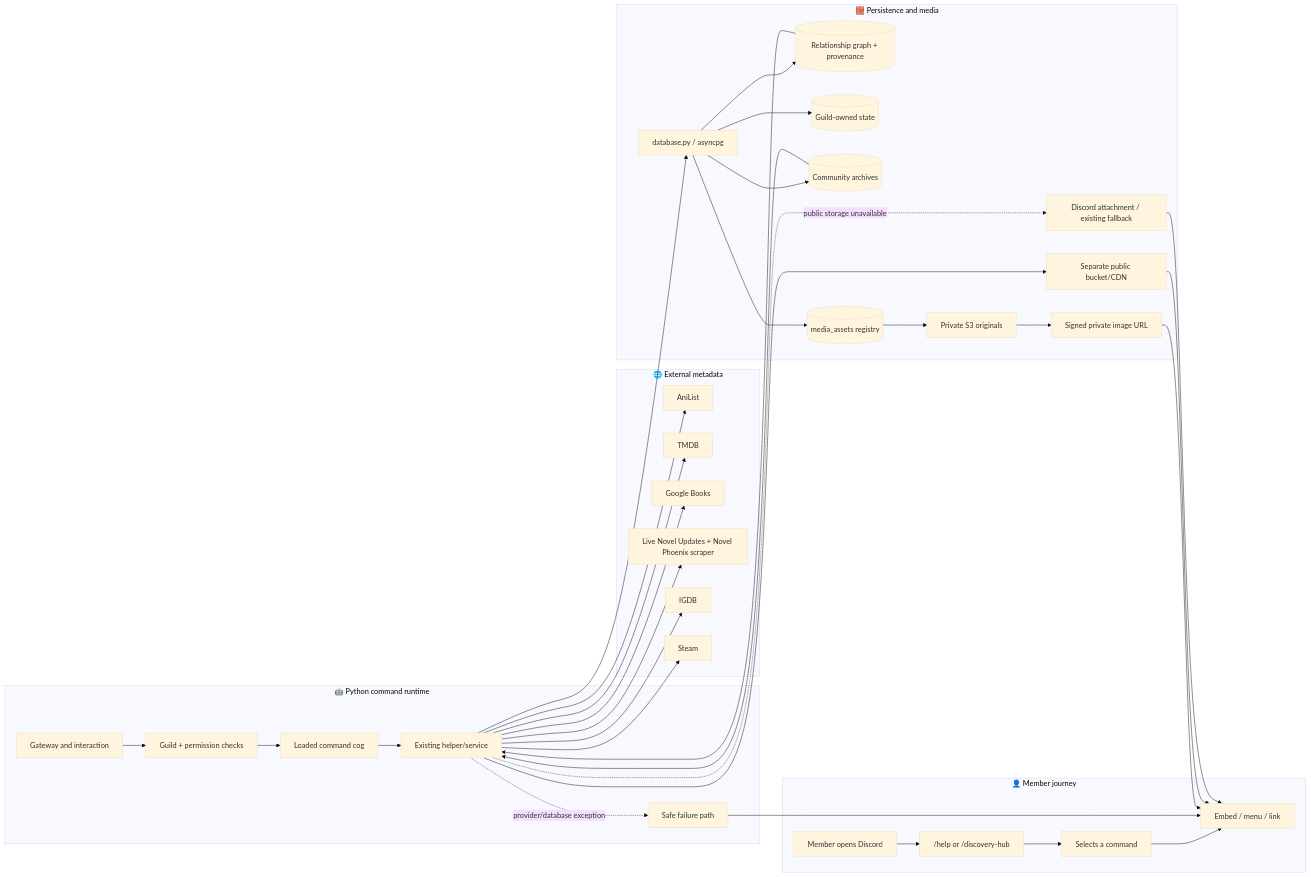
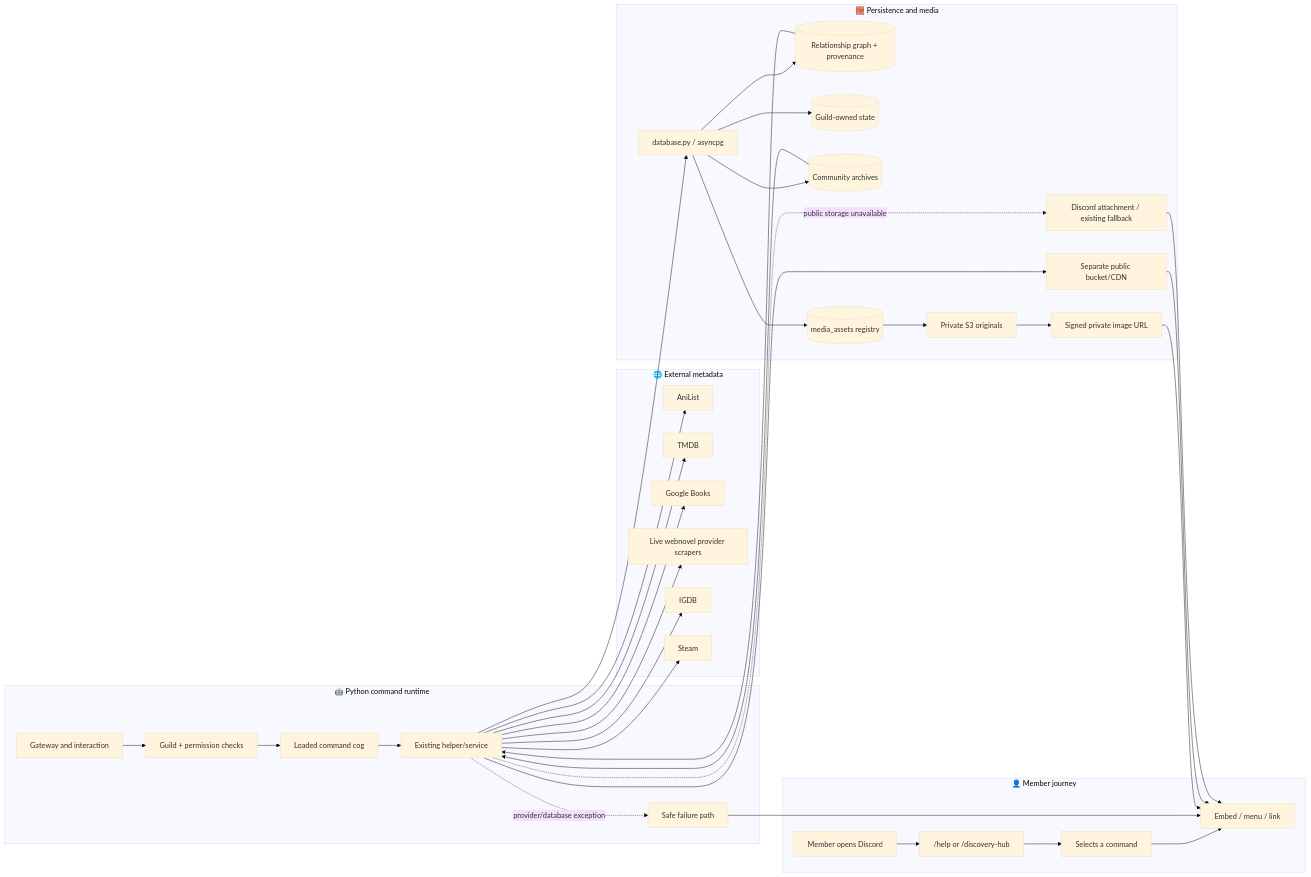
One commit to Kyerstorm/Lemegeton changed the seventh of 9 diagrams in README.md. Above: the diagram before and after it, drawn with Mermaid (base theme). The commit also changed other lines of this file, not shown here.

Commit message:
Document additional webnovel scraper providers

````diff
--- a/README.md
+++ b/README.md
@@ -700,55 +700,55 @@
 ```mermaid
 flowchart LR
     subgraph USER["👤 Member journey"]
         U["Member opens Discord"]
         H["/help or /discovery-hub"]
         CMD["Selects a command"]
         RESPONSE["Embed / menu / link"]
         U --> H --> CMD --> RESPONSE
     end
     subgraph PYTHON["🤖 Python command runtime"]
         GATE["Gateway and interaction"]
         GUARD["Guild + permission checks"]
         COG["Loaded command cog"]
         SERVICE["Existing helper/service"]
         FAIL["Safe failure path"]
         GATE --> GUARD --> COG --> SERVICE
         SERVICE -. "provider/database exception" .-> FAIL
         FAIL --> RESPONSE
     end
     subgraph SOURCES["🌐 External metadata"]
         ANI["AniList"]
         TMDB["TMDB"]
         GOOGLE["Google Books"]
-        NOVEL["Live Novel Updates + Novel Phoenix scraper"]
+        NOVEL["Live webnovel provider scrapers"]
         IGDB["IGDB"]
         STEAM["Steam"]
     end
     subgraph STORAGE["🧱 Persistence and media"]
         DB["database.py / asyncpg"]
         GRAPH[("Relationship graph + provenance")]
         GUILD[("Guild-owned state")]
         ARCHIVE[("Community archives")]
         ASSET[("media_assets registry")]
         PRIVATE["Private S3 originals"]
         SIGNED["Signed private image URL"]
         PUBLIC["Separate public bucket/CDN"]
         FALLBACK["Discord attachment / existing fallback"]
     end
     SERVICE --> ANI
     SERVICE --> TMDB
     SERVICE --> GOOGLE
     SERVICE --> NOVEL
     SERVICE --> IGDB
     SERVICE --> STEAM
     SERVICE --> DB
     DB --> GRAPH
     DB --> GUILD
     DB --> ARCHIVE
     DB --> ASSET
     ASSET --> PRIVATE --> SIGNED --> RESPONSE
     SERVICE --> PUBLIC --> RESPONSE
     SERVICE -. "public storage unavailable" .-> FALLBACK --> RESPONSE
     GRAPH --> SERVICE
     ARCHIVE --> SERVICE
 ```
````
